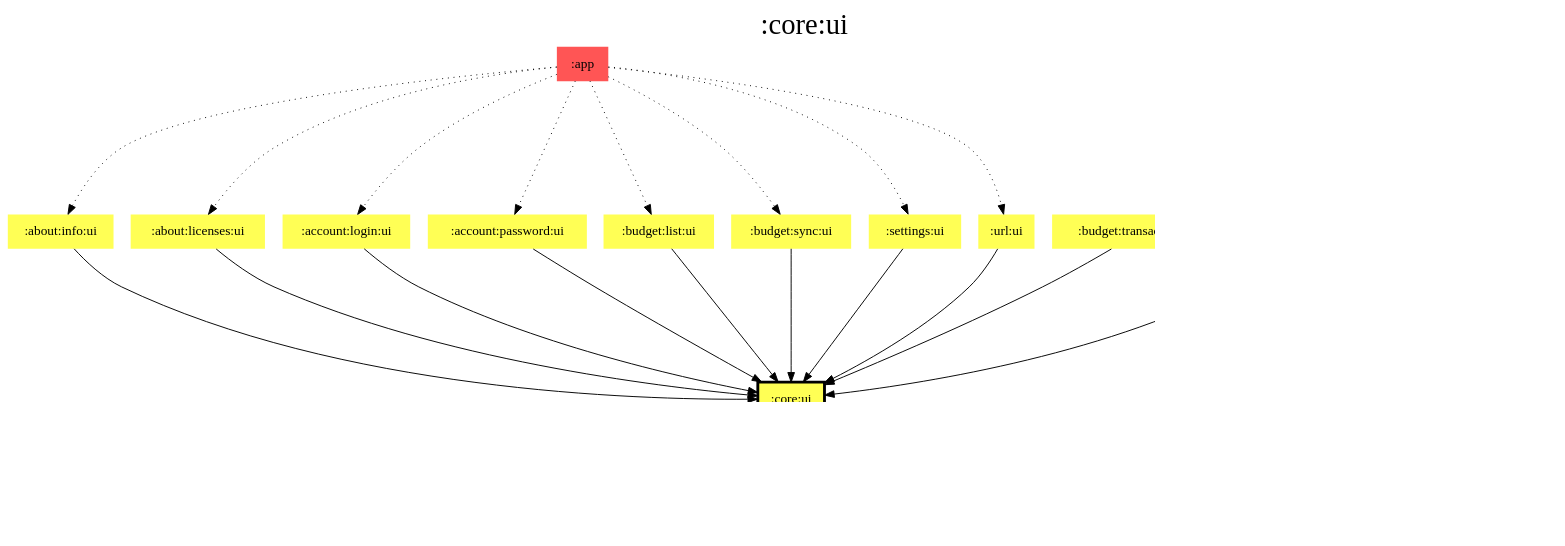
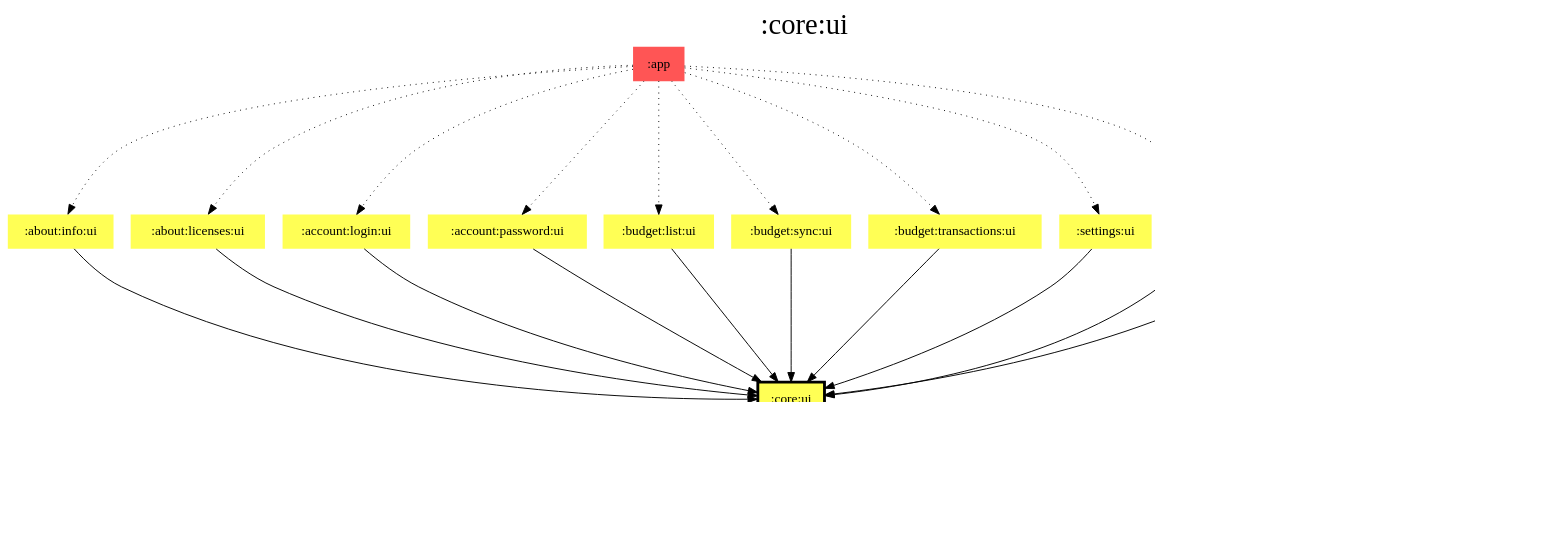
Before and after one commit to jonapoul/aktual: the diagram in modules/core/ui/modules.dot, drawn with Graphviz. The commit also changed 47 other files, not shown here.

```diff
--- a/modules/core/ui/modules.dot
+++ b/modules/core/ui/modules.dot
@@ -1,56 +1,57 @@
 digraph {
 edge ["dir"="forward"]
 graph ["dpi"="100","label"=":core:ui","labelloc"="t","fontsize"="30","ranksep"="1.5","rankdir"="TB"]
 node ["style"="filled"]
 ":about:info:ui" ["fillcolor"="#FFFF55","shape"="none"]
 ":about:licenses:ui" ["fillcolor"="#FFFF55","shape"="none"]
 ":account:login:ui" ["fillcolor"="#FFFF55","shape"="none"]
 ":account:password:ui" ["fillcolor"="#FFFF55","shape"="none"]
 ":app" ["fillcolor"="#FF5555","shape"="none"]
 ":budget:list:ui" ["fillcolor"="#FFFF55","shape"="none"]
 ":budget:sync:ui" ["fillcolor"="#FFFF55","shape"="none"]
 ":budget:transactions:ui" ["fillcolor"="#FFFF55","shape"="none"]
 ":core:model" ["fillcolor"="#9D8DF1","shape"="none"]
 ":core:res" ["fillcolor"="#00FFFF","shape"="none"]
 ":core:ui" ["fillcolor"="#FFFF55","color"="black","penwidth"="3","shape"="box"]
 ":settings:ui" ["fillcolor"="#FFFF55","shape"="none"]
 ":test:compose" ["fillcolor"="#FFFF55","shape"="none"]
 ":url:ui" ["fillcolor"="#FFFF55","shape"="none"]
 {
 edge ["dir"="none"]
 graph ["rank"="same"]
 ":core:ui"
 }
 ":about:info:ui" -> ":core:ui"
 ":about:licenses:ui" -> ":core:ui"
 ":account:login:ui" -> ":core:ui"
 ":account:password:ui" -> ":core:ui"
 ":app" -> ":about:info:ui" ["style"="dotted"]
 ":app" -> ":about:licenses:ui" ["style"="dotted"]
 ":app" -> ":account:login:ui" ["style"="dotted"]
 ":app" -> ":account:password:ui" ["style"="dotted"]
 ":app" -> ":budget:list:ui" ["style"="dotted"]
 ":app" -> ":budget:sync:ui" ["style"="dotted"]
+":app" -> ":budget:transactions:ui" ["style"="dotted"]
 ":app" -> ":settings:ui" ["style"="dotted"]
 ":app" -> ":url:ui" ["style"="dotted"]
 ":budget:list:ui" -> ":core:ui"
 ":budget:sync:ui" -> ":core:ui"
 ":budget:transactions:ui" -> ":core:ui"
 ":core:ui" -> ":core:model"
 ":core:ui" -> ":core:res" ["style"="dotted"]
 ":settings:ui" -> ":core:ui"
 ":test:compose" -> ":core:ui"
 ":url:ui" -> ":core:ui"
 subgraph "cluster_legend" {
 edge ["dir"="none"]
 graph ["label"="Legend","fontsize"="20"]
 "Legend" ["style"="filled","fillcolor"="#FFFFFF","shape"="none","margin"="0","fontsize"="15","label"=<
 <TABLE BORDER="0" CELLBORDER="0" CELLSPACING="0" CELLPADDING="4">
 <TR><TD>App</TD><TD BGCOLOR="#FF5555">module-name</TD></TR>
 <TR><TD>Compose</TD><TD BGCOLOR="#FFFF55">module-name</TD></TR>
 <TR><TD>Resources</TD><TD BGCOLOR="#00FFFF">module-name</TD></TR>
 <TR><TD>Multiplatform</TD><TD BGCOLOR="#9D8DF1">module-name</TD></TR>
 </TABLE>
 >]
 } -> ":core:ui" ["style"="invis"]
 }
```
